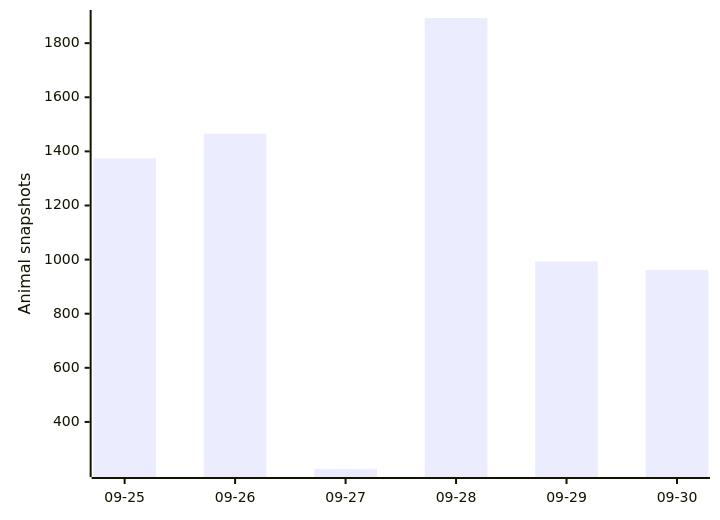
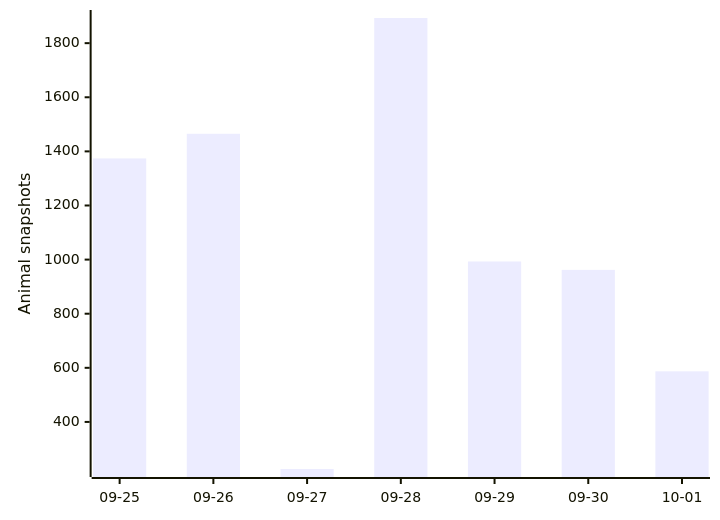
One commit to joshuafrommeyer-35/PierTracker changed the first of 3 diagrams in README.md. Above: the diagram before and after it, drawn with Mermaid. The commit also changed other lines of this file and 7 other files, not shown here.

````diff
--- a/README.md
+++ b/README.md
@@ -128,6 +131,6 @@
 ```mermaid
 xychart-beta
-    x-axis ["09-25", "09-26", "09-27", "09-28", "09-29", "09-30"]
+    x-axis ["09-25", "09-26", "09-27", "09-28", "09-29", "09-30", "10-01"]
     y-axis "Animal snapshots"
-    bar [1374, 1465, 226, 1893, 993, 962]
+    bar [1374, 1465, 226, 1893, 993, 962, 587]
 ```
````
